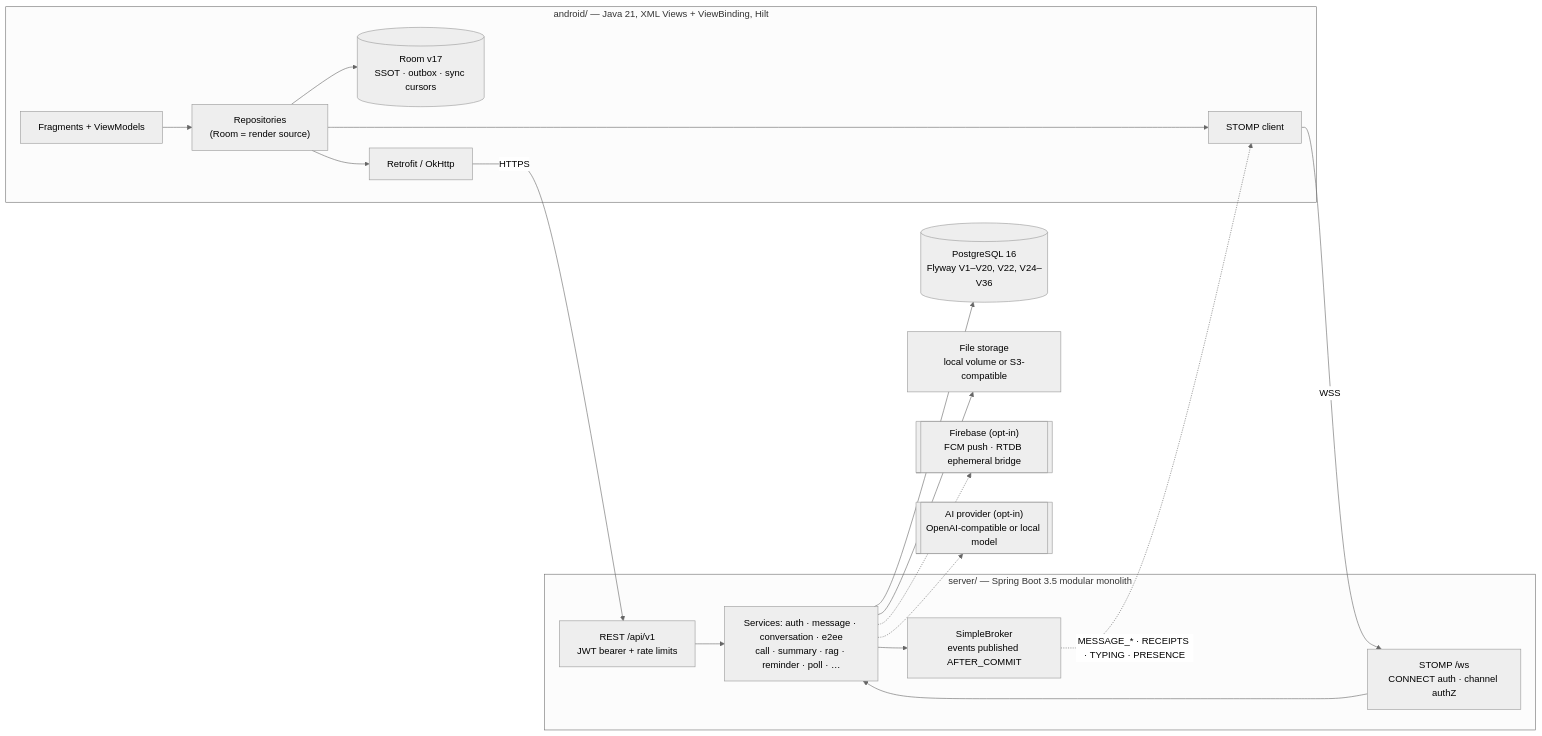
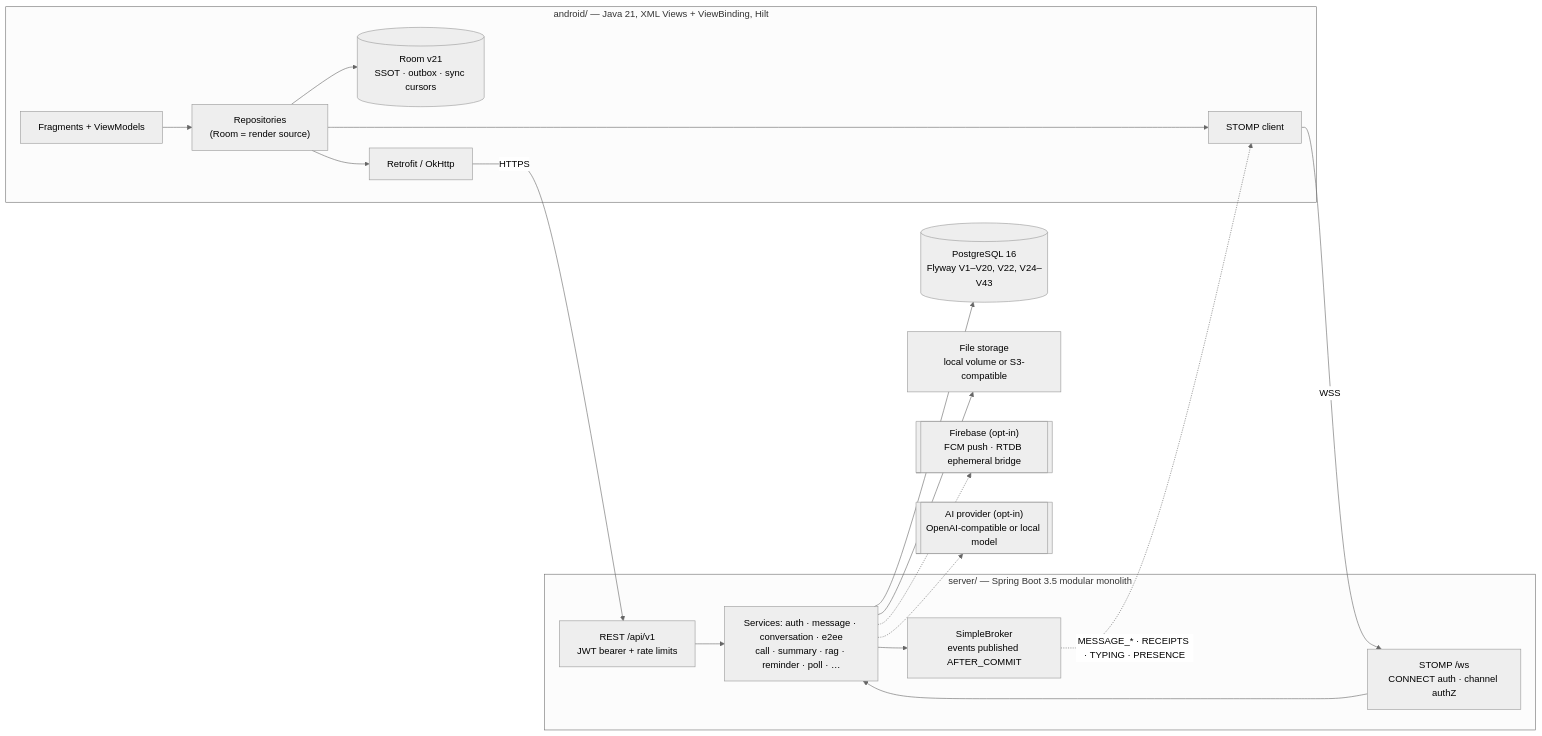
Before and after one commit to JasonTM17/Nexachat_AppJ: the diagram in README.md, drawn with Mermaid (neutral theme). The commit also changed other lines of this file and 9 other files, not shown here.

````diff
--- a/README.md
+++ b/README.md
@@ -69,32 +74,32 @@
 ```mermaid
 flowchart LR
     subgraph Client["android/ — Java 21, XML Views + ViewBinding, Hilt"]
         UI["Fragments + ViewModels"] --> REPO["Repositories<br/>(Room = render source)"]
-        REPO --> ROOM[("Room v17<br/>SSOT · outbox · sync cursors")]
+        REPO --> ROOM[("Room v21<br/>SSOT · outbox · sync cursors")]
         REPO --> RETRO["Retrofit / OkHttp"]
         REPO --> ST["STOMP client"]
     end
 
     subgraph Server["server/ — Spring Boot 3.5 modular monolith"]
         API["REST /api/v1<br/>JWT bearer + rate limits"]
         WSX["STOMP /ws<br/>CONNECT auth · channel authZ"]
         SVC["Services: auth · message · conversation · e2ee<br/>call · summary · rag · reminder · poll · …"]
         BRK["SimpleBroker<br/>events published AFTER_COMMIT"]
         API --> SVC
         WSX --> SVC
         SVC --> BRK
     end
 
-    DB[("PostgreSQL 16<br/>Flyway V1–V20, V22, V24–V36")]
+    DB[("PostgreSQL 16<br/>Flyway V1–V20, V22, V24–V43")]
     STORE["File storage<br/>local volume or S3-compatible"]
     FCM[["Firebase (opt-in)<br/>FCM push · RTDB ephemeral bridge"]]
     LLM[["AI provider (opt-in)<br/>OpenAI-compatible or local model"]]
 
     RETRO -- "HTTPS" --> API
     ST -- "WSS" --> WSX
     SVC --> DB
     SVC --> STORE
     BRK -. "MESSAGE_* · RECEIPTS · TYPING · PRESENCE" .-> ST
     SVC -.-> FCM
     SVC -.-> LLM
 ```
````
